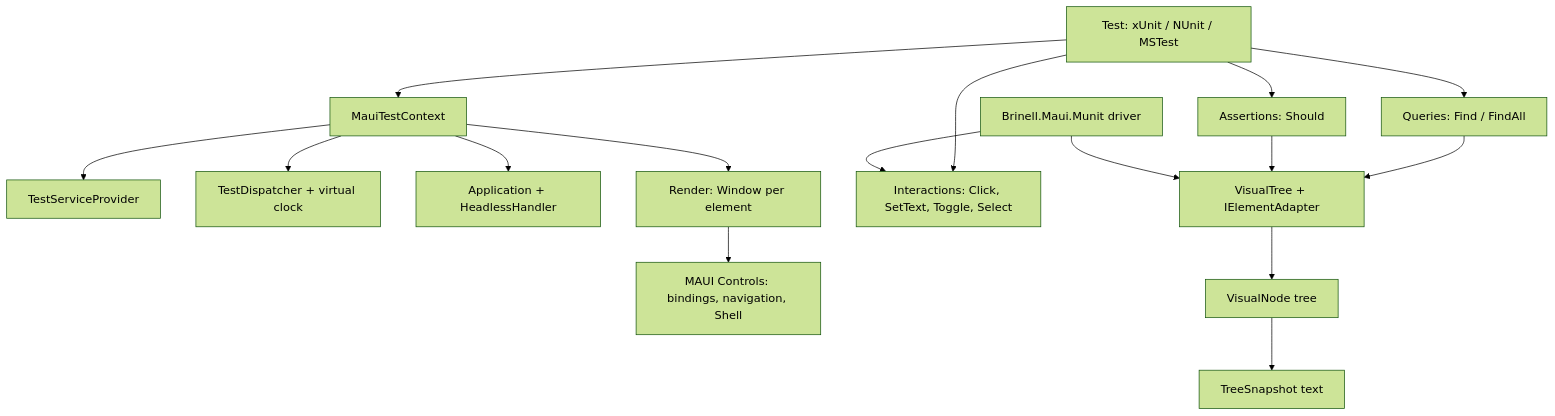
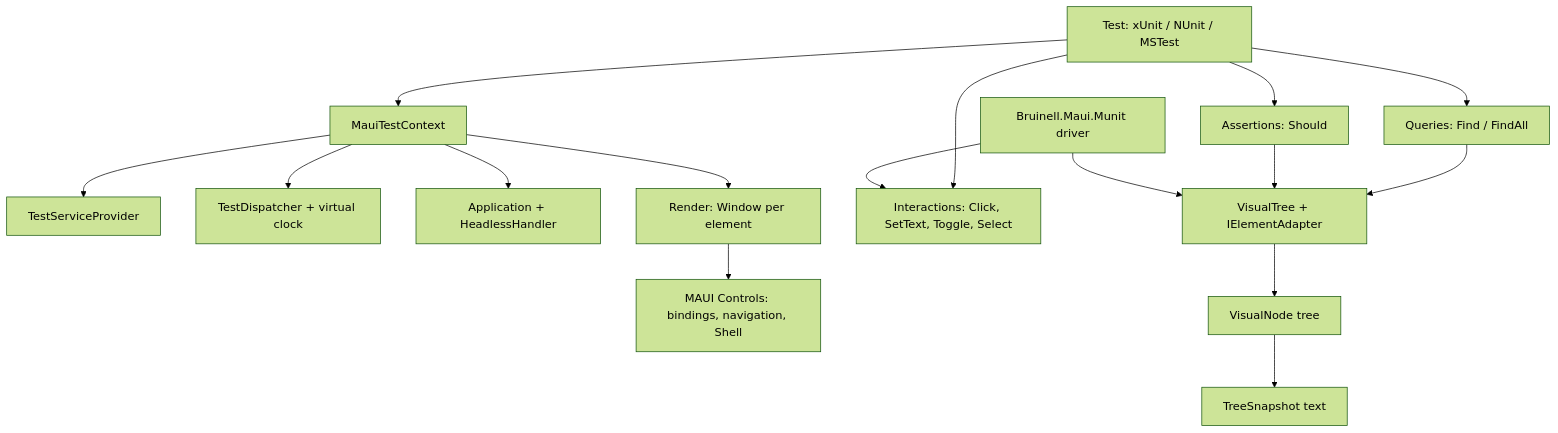
The diagram in .my/mUnit/proposal.md (jonkeda/Brinell), drawn with Mermaid (forest theme) before and after one commit. The commit also changed other lines of this file and 4800 other files, not shown here.

Commit message:
Brinell is now Bruinell: every project, folder, file, namespace, command, MCP server and variable (Brinell, brinell, BRINELL to Bruinell, bruinell, BRUINELL); the jonkeda mirror is jonkeda/bruinell

````diff
--- a/.my/mUnit/proposal.md
+++ b/.my/mUnit/proposal.md
@@ -56,18 +56,18 @@
 ```mermaid
 flowchart TB
   T[Test: xUnit / NUnit / MSTest] --> C[MauiTestContext]
   C --> S[TestServiceProvider]
   C --> D[TestDispatcher + virtual clock]
   C --> A[Application + HeadlessHandler]
   C --> R[Render: Window per element]
   R --> M[MAUI Controls: bindings, navigation, Shell]
   T --> Q[Queries: Find / FindAll]
   T --> I[Interactions: Click, SetText, Toggle, Select]
   T --> X[Assertions: Should]
   Q --> V[VisualTree + IElementAdapter]
   X --> V
   V --> N[VisualNode tree]
   N --> P[TreeSnapshot text]
-  B[Brinell.Maui.Munit driver] --> V
+  B[Bruinell.Maui.Munit driver] --> V
   B --> I
 ```
````
